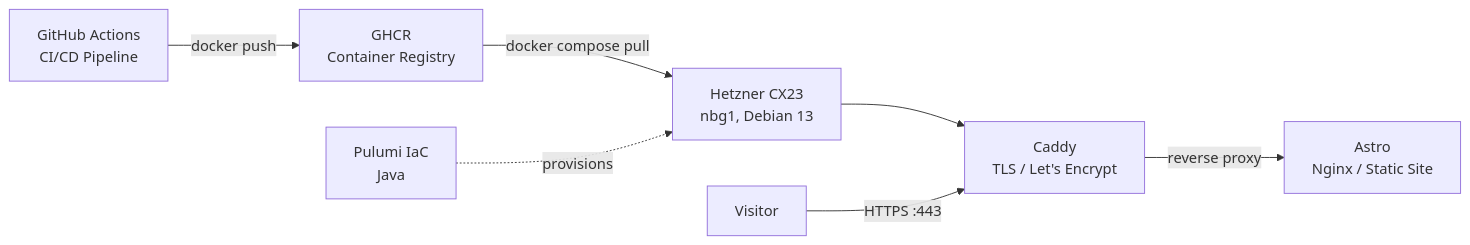
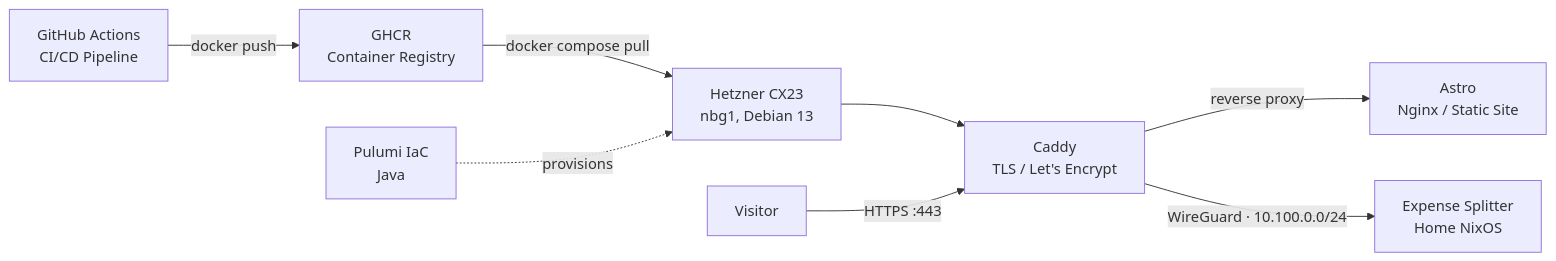
The diagram in README.md (trettstadt/trettstadt-website), drawn with Mermaid before and after one commit. The commit also changed other lines of this file and 5 other files, not shown here.

Commit message:
Add IPv4 gateway for Expense Splitter

````diff
--- a/README.md
+++ b/README.md
@@ -7,9 +7,10 @@
 ```mermaid
 flowchart LR
     gh[GitHub Actions\nCI/CD Pipeline] -->|docker push| ghcr[GHCR\nContainer Registry]
     ghcr -->|docker compose pull| hetzner[Hetzner CX23\nnbg1, Debian 13]
     pulumi[Pulumi IaC\nJava] -.->|provisions| hetzner
     hetzner --> caddy[Caddy\nTLS / Let's Encrypt]
     caddy -->|reverse proxy| astro[Astro\nNginx / Static Site]
+    caddy -->|WireGuard · 10.100.0.0/24| home[Expense Splitter\nHome NixOS]
     user[Visitor] -->|HTTPS :443| caddy
 ```
````
